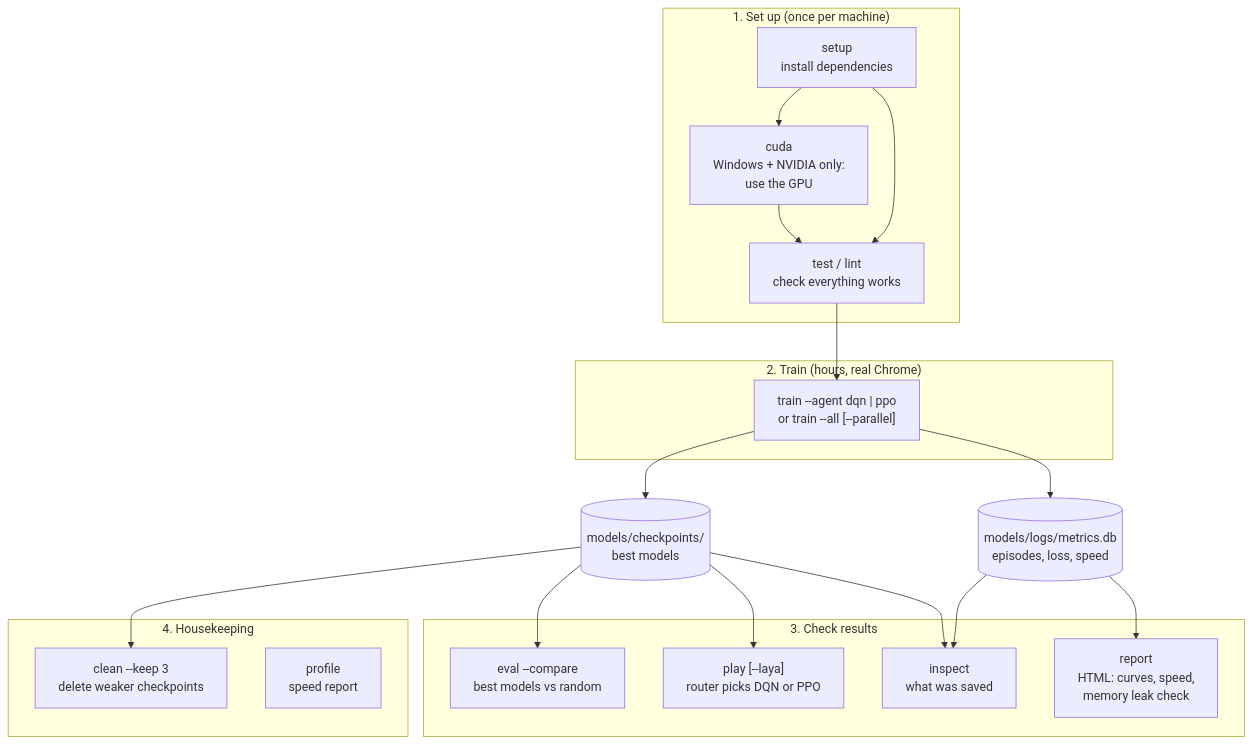
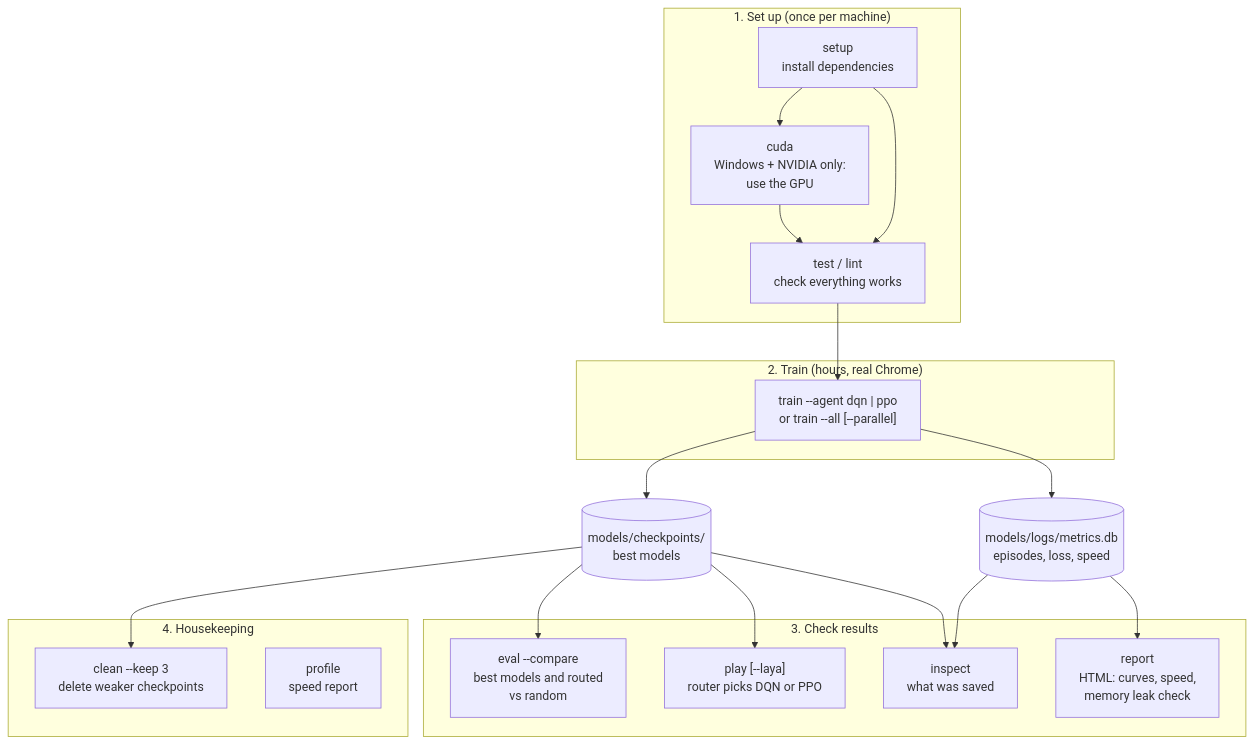
The diagram in docs/WORKFLOW.mermaid (S09Z/dino-decision-ai), drawn with Mermaid before and after one commit. The commit also changed 6 other files, not shown here.

First line of the commit message:
test(routing): cover score tracking, switching and logging; eval routed play

```diff
--- a/docs/WORKFLOW.mermaid
+++ b/docs/WORKFLOW.mermaid
@@ -1,39 +1,39 @@
 %% How the commands fit together. Run each as `make <cmd>` (macOS/Linux),
 %% `.\make.ps1 <cmd>` (Windows) or `poetry run dino-ai <cmd>` (train/eval/inspect/clean/profile).
 flowchart TD
     subgraph S1["1. Set up (once per machine)"]
         setup["setup<br/>install dependencies"]
         cuda["cuda<br/>Windows + NVIDIA only:<br/>use the GPU"]
         test["test / lint<br/>check everything works"]
         setup --> cuda --> test
         setup --> test
     end
 
     subgraph S2["2. Train (hours, real Chrome)"]
         train["train --agent dqn | ppo<br/>or train --all [--parallel]"]
     end
 
     subgraph S3["3. Check results"]
-        eval["eval --compare<br/>best models vs random"]
+        eval["eval --compare<br/>best models and routed<br/>vs random"]
         play["play [--laya]<br/>router picks DQN or PPO"]
         inspect["inspect<br/>what was saved"]
         report["report<br/>HTML: curves, speed,<br/>memory leak check"]
     end
 
     subgraph S4["4. Housekeeping"]
         clean["clean --keep 3<br/>delete weaker checkpoints"]
         profile["profile<br/>speed report"]
     end
 
     ckpt[("models/checkpoints/<br/>best models")]
     db[("models/logs/metrics.db<br/>episodes, loss, speed")]
 
     test --> train
     train --> ckpt
     train --> db
     ckpt --> eval
     ckpt --> play
     ckpt --> inspect
     db --> inspect
     db --> report
     ckpt --> clean
```
